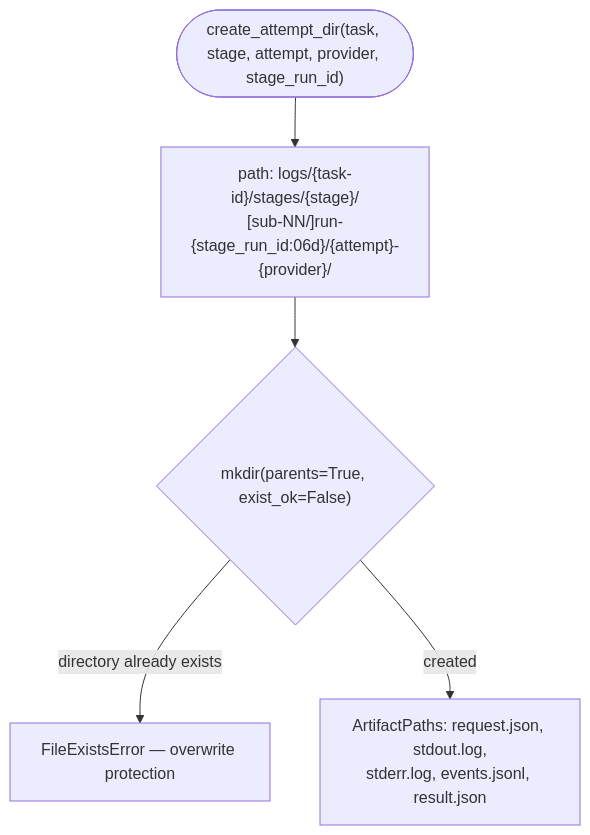
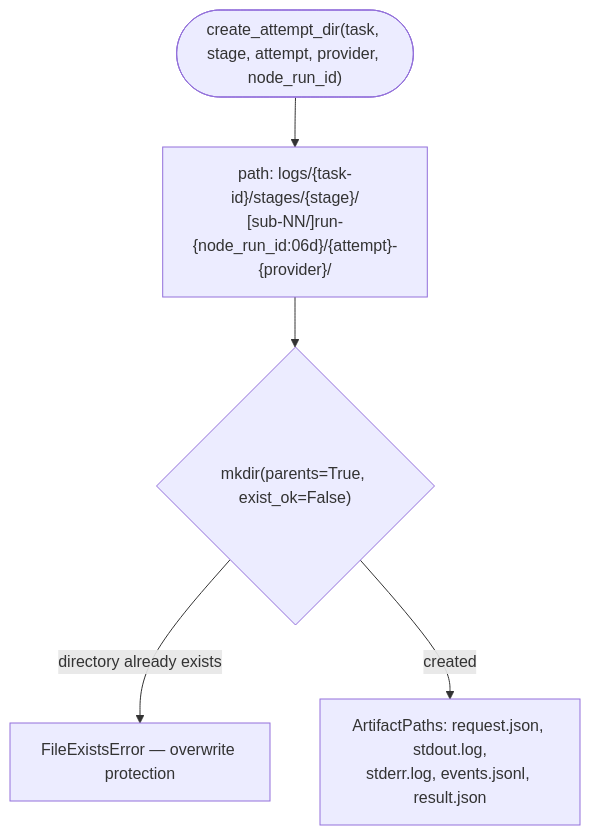
One commit to VladimirMakarevich/wastech-orchestrator changed the diagram in docs/functional/blocks/B20-artifact-layout.md. Above: the diagram before and after it, drawn with Mermaid. The commit also changed other lines of this file and 31 other files, not shown here.

````diff
--- a/docs/functional/blocks/B20-artifact-layout.md
+++ b/docs/functional/blocks/B20-artifact-layout.md
@@ -48,7 +48,7 @@
 ```mermaid
 flowchart TB
-    start(["create_attempt_dir(task, stage, attempt, provider, stage_run_id)"]) --> path["path: logs/{task-id}/stages/{stage}/<br/>[sub-NN/]run-{stage_run_id:06d}/{attempt}-{provider}/"]
+    start(["create_attempt_dir(task, stage, attempt, provider, node_run_id)"]) --> path["path: logs/{task-id}/stages/{stage}/<br/>[sub-NN/]run-{node_run_id:06d}/{attempt}-{provider}/"]
     path --> mk{"mkdir(parents=True, exist_ok=False)"}
     mk -->|"directory already exists"| err["FileExistsError — overwrite protection"]
     mk -->|"created"| ap["ArtifactPaths: request.json, stdout.log,<br/>stderr.log, events.jsonl, result.json"]
 ```
````
